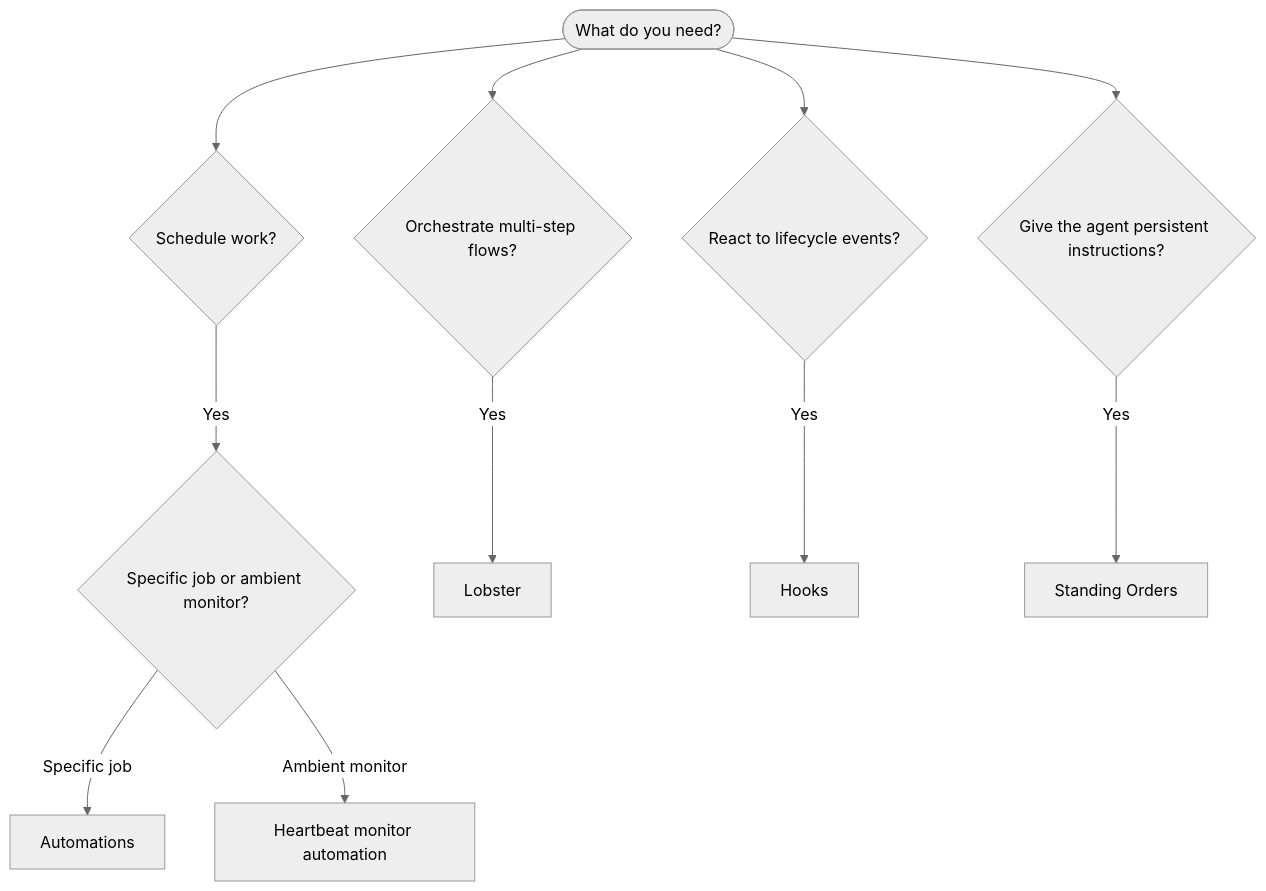
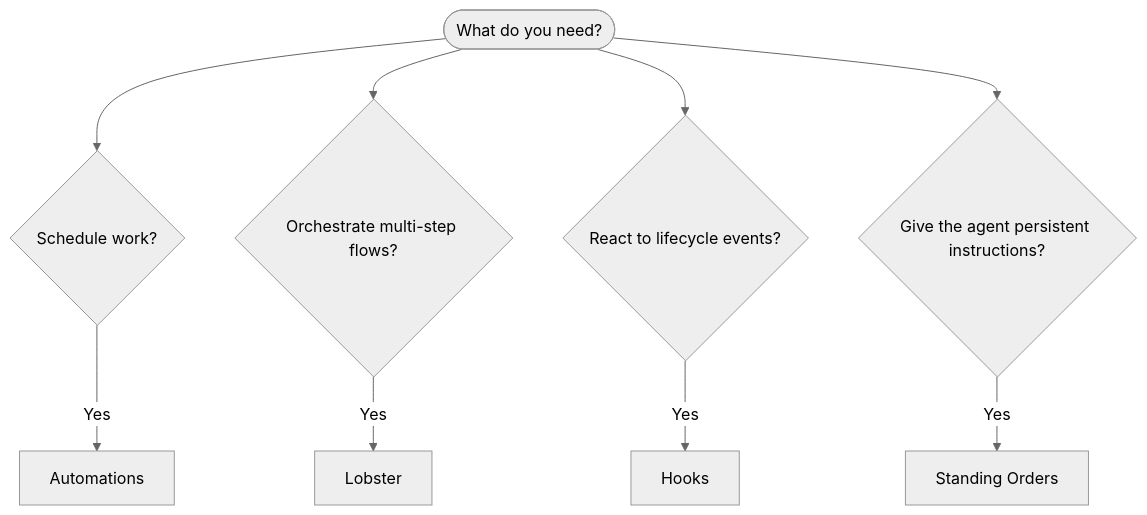
One commit to I24D/Lumina-Openclaw changed the diagram in docs/automation/index.md. Above: the diagram before and after it, drawn with Mermaid (neutral theme). The commit also changed other lines of this file and 41518 other files, not shown here.

````diff
--- a/docs/automation/index.md
+++ b/docs/automation/index.md
@@ -16,15 +16,13 @@
 ```mermaid
 flowchart TD
     START([What do you need?]) --> Q1{Schedule work?}
     START --> Q3{Orchestrate multi-step flows?}
     START --> Q4{React to lifecycle events?}
     START --> Q5{Give the agent persistent instructions?}
 
-    Q1 -->|Yes| Q1a{Specific job or ambient monitor?}
-    Q1a -->|Specific job| CRON["Automations"]
-    Q1a -->|Ambient monitor| HEARTBEAT["Heartbeat monitor automation"]
+    Q1 -->|Yes| CRON["Automations"]
 
     Q3 -->|Yes| FLOW[Lobster]
     Q4 -->|Yes| HOOKS[Hooks]
     Q5 -->|Yes| SO[Standing Orders]
 ```
````
